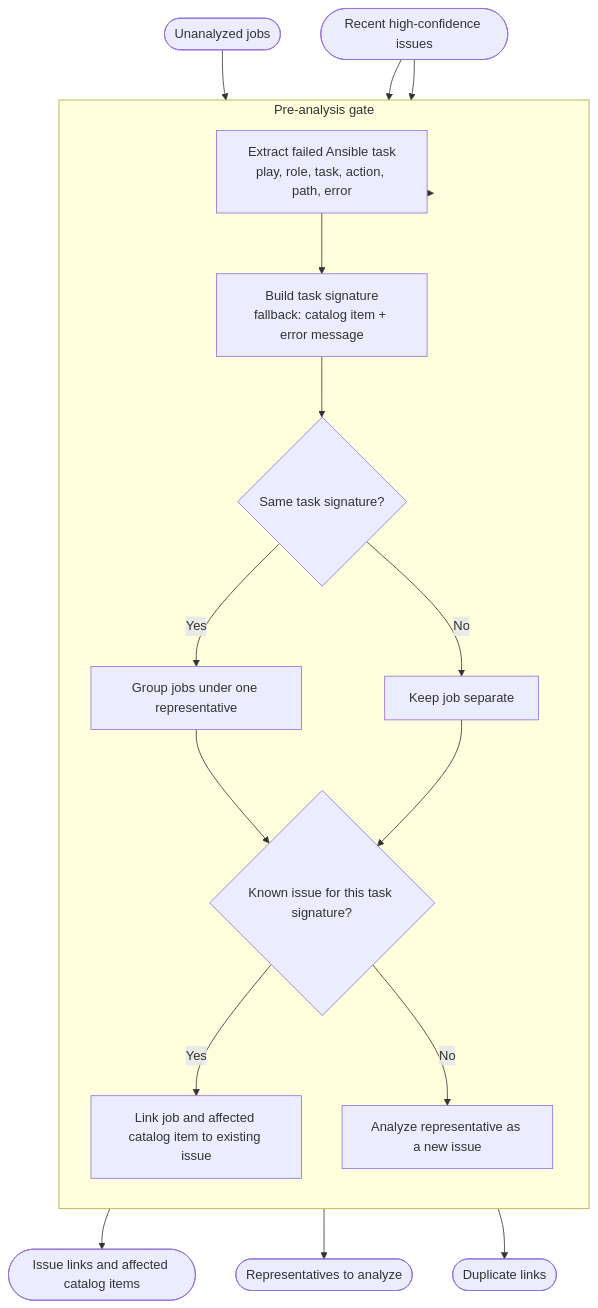
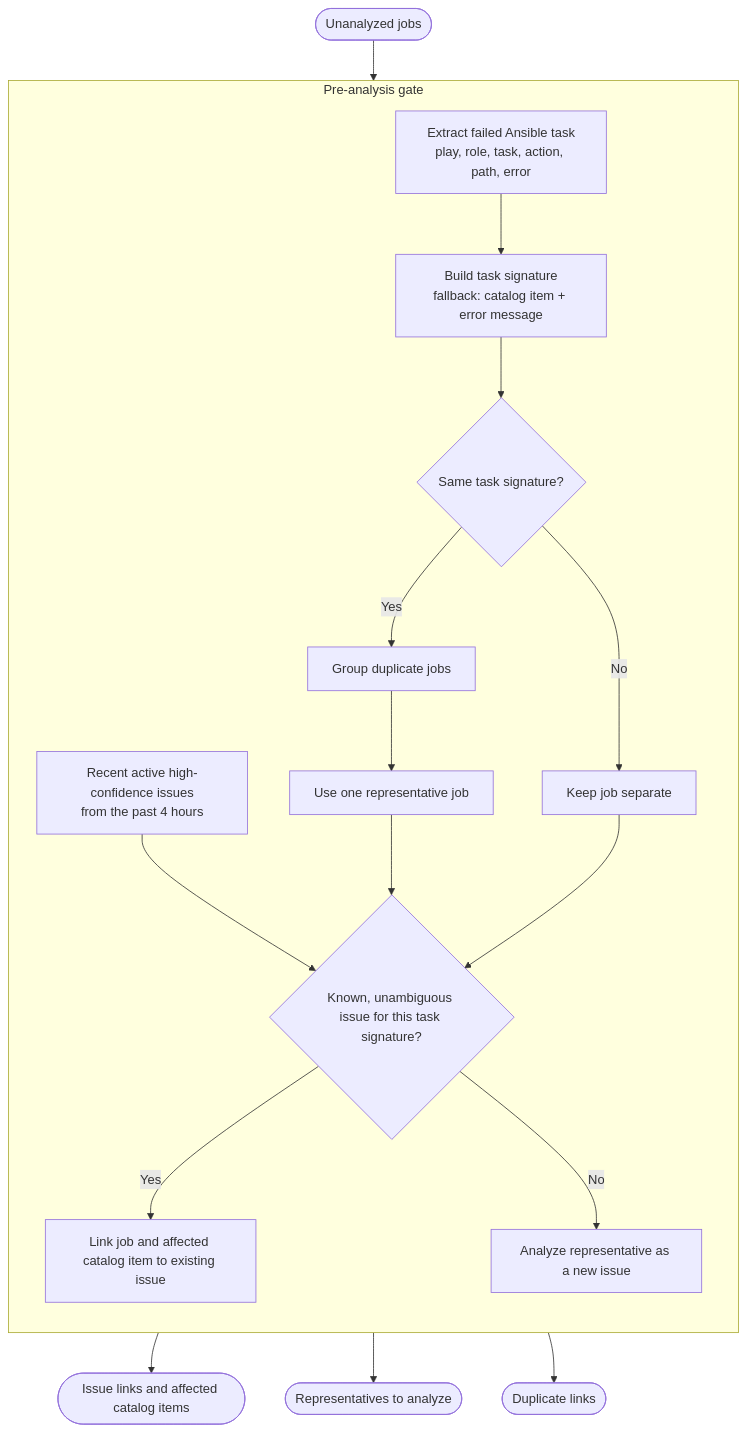
One commit to jerry-ng2/aap2-rca-agent changed the diagram in docs/design/pre-analysis-flow.mmd. Above: the diagram before and after it, drawn with Mermaid.

Commit message:
docs: clarify pre-analysis gate overview

```diff
--- a/docs/design/pre-analysis-flow.mmd
+++ b/docs/design/pre-analysis-flow.mmd
@@ -1,32 +1,34 @@
 flowchart TD
-    Jobs([Unanalyzed jobs]) --> Gate
-    Recent([Recent high-confidence issues]) --> Gate
+    Jobs([Unanalyzed jobs]) --> TaskContext
 
     subgraph Gate["Pre-analysis gate"]
         direction TB
+        Recent["Recent active high-confidence issues
+from the past 4 hours"]
         TaskContext["Extract failed Ansible task
 play, role, task, action, path, error"]
         Signature["Build task signature
 fallback: catalog item + error message"]
         Duplicate{"Same task signature?"}
-        Group["Group jobs under one representative"]
+        Group["Group duplicate jobs"]
         Keep["Keep job separate"]
-        Known{"Known issue for this task signature?"}
+        Representative["Use one representative job"]
+        Known{"Known, unambiguous issue for this task signature?"}
         Link["Link job and affected catalog item to existing issue"]
         New["Analyze representative as a new issue"]
     end
 
-    Gate --> TaskContext
+    TaskContext --> Signature
     Recent --> Known
-    TaskContext --> Signature
     Signature --> Duplicate
     Duplicate -- Yes --> Group
     Duplicate -- No --> Keep
-    Group --> Known
+    Group --> Representative
+    Representative --> Known
     Keep --> Known
     Known -- Yes --> Link
     Known -- No --> New
 
     Link --> IssueLinks([Issue links and affected catalog items])
     New --> ToAnalysis([Representatives to analyze])
     Group --> DuplicateLinks([Duplicate links])
```
